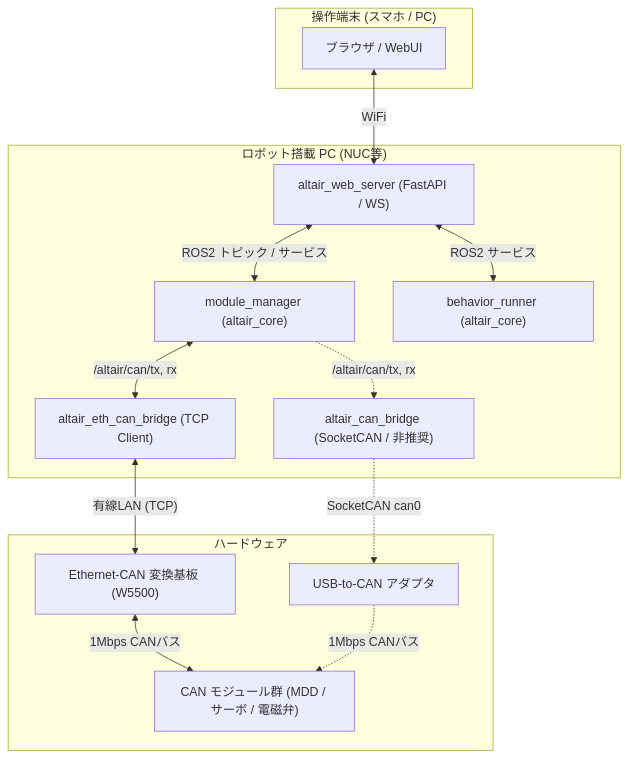
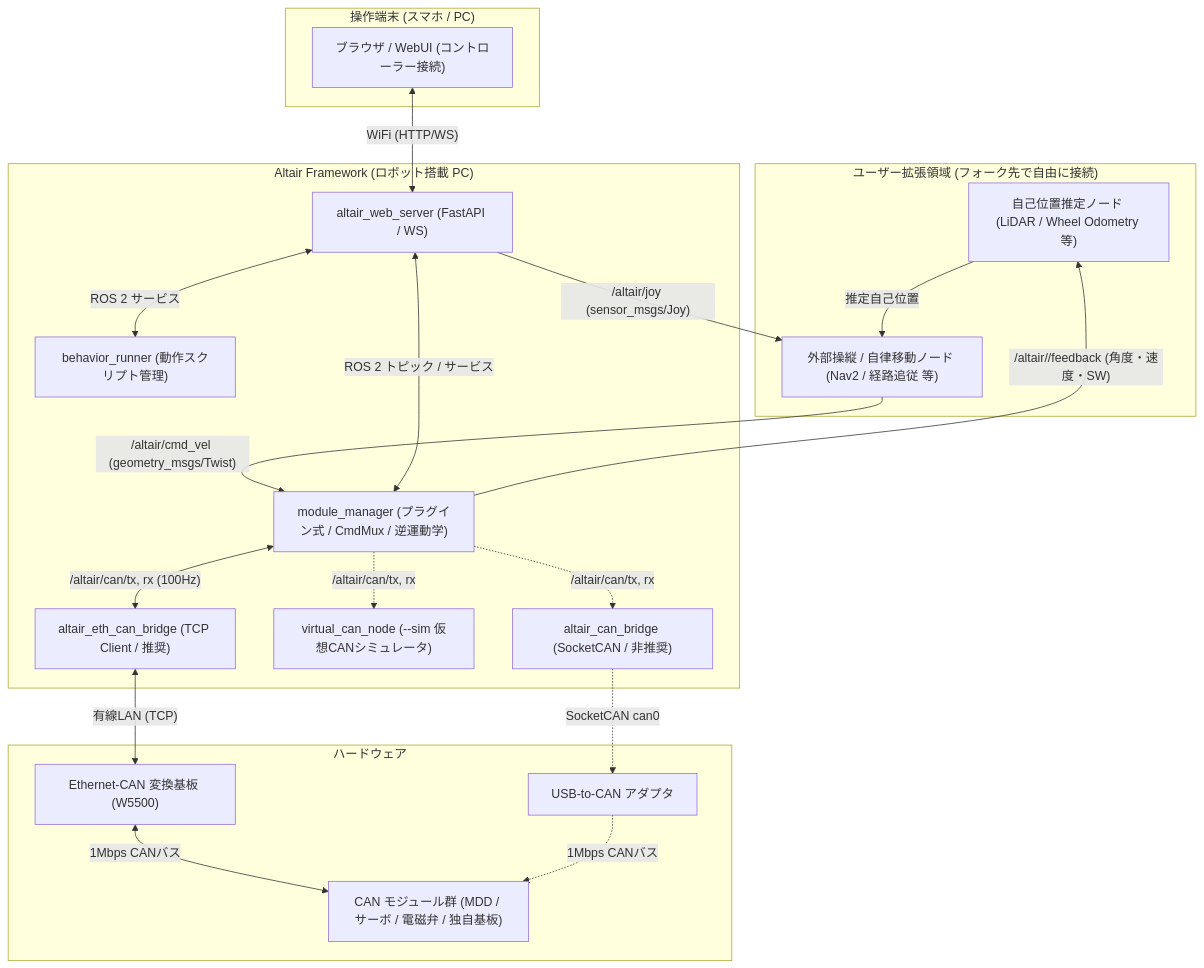
Before and after one commit to Altairu/altair_framework: the diagram in README.md, drawn with Mermaid. The commit also changed other lines of this file and 42 other files, not shown here.

Commit message:
feat: 拡張性向上のためのプラグイン構造化、外部連携トピック(/cmd_vel, Joy)・仮想CANシミュレータ(--sim)の追加、およびドキュメント刷新

````diff
--- a/README.md
+++ b/README.md
@@ -7,30 +7,41 @@
 ```mermaid
 flowchart TD
-    subgraph UI ["操作端末 (スマホ / PC)"]
-        Browser["ブラウザ / WebUI"]
+    subgraph External ["ユーザー拡張領域 (フォーク先で自由に接続)"]
+        Localizer["自己位置推定ノード (LiDAR / Wheel Odometry 等)"]
+        Autonomy["外部操縦 / 自律移動ノード (Nav2 / 経路追従 等)"]
     end
 
-    subgraph RobotPC ["ロボット搭載 PC (NUC等)"]
+    subgraph UI ["操作端末 (スマホ / PC)"]
+        Browser["ブラウザ / WebUI (コントローラー接続)"]
+    end
+
+    subgraph RobotPC ["Altair Framework (ロボット搭載 PC)"]
         WebServer["altair_web_server (FastAPI / WS)"]
-        Mgr["module_manager (altair_core)"]
-        Runner["behavior_runner (altair_core)"]
-        EthBridge["altair_eth_can_bridge (TCP Client)"]
+        Mgr["module_manager (プラグイン式 / CmdMux / 逆運動学)"]
+        Runner["behavior_runner (動作スクリプト管理)"]
+        EthBridge["altair_eth_can_bridge (TCP Client / 推奨)"]
+        SimBridge["virtual_can_node (--sim 仮想CANシミュレータ)"]
         UsbBridge["altair_can_bridge (SocketCAN / 非推奨)"]
     end
 
     subgraph Hardware ["ハードウェア"]
         EthBoard["Ethernet-CAN 変換基板 (W5500)"]
         UsbDongle["USB-to-CAN アダプタ"]
-        Modules["CAN モジュール群 (MDD / サーボ / 電磁弁)"]
+        Modules["CAN モジュール群 (MDD / サーボ / 電磁弁 / 独自基板)"]
     end
 
-    Browser <-->|"WiFi"| WebServer
-    WebServer <-->|"ROS2 トピック / サービス"| Mgr
-    WebServer <-->|"ROS2 サービス"| Runner
-    Mgr <-->|"/altair/can/tx, rx"| EthBridge
+    Browser <-->|"WiFi (HTTP/WS)"| WebServer
+    WebServer -->|"/altair/joy (sensor_msgs/Joy)"| Autonomy
+    Mgr -->|"/altair/<mdd>/feedback (角度・速度・SW)"| Localizer
+    Localizer -->|"推定自己位置"| Autonomy
+    Autonomy -->|"/altair/cmd_vel (geometry_msgs/Twist)"| Mgr
+    WebServer <-->|"ROS 2 トピック / サービス"| Mgr
+    WebServer <-->|"ROS 2 サービス"| Runner
+    Mgr <-->|"/altair/can/tx, rx (100Hz)"| EthBridge
+    Mgr -.->|"/altair/can/tx, rx"| SimBridge
     Mgr -.->|"/altair/can/tx, rx"| UsbBridge
     EthBridge <-->|"有線LAN (TCP)"| EthBoard
     UsbBridge -.->|"SocketCAN can0"| UsbDongle
     EthBoard <-->|"1Mbps CANバス"| Modules
     UsbDongle -.->|"1Mbps CANバス"| Modules
 ```
````
